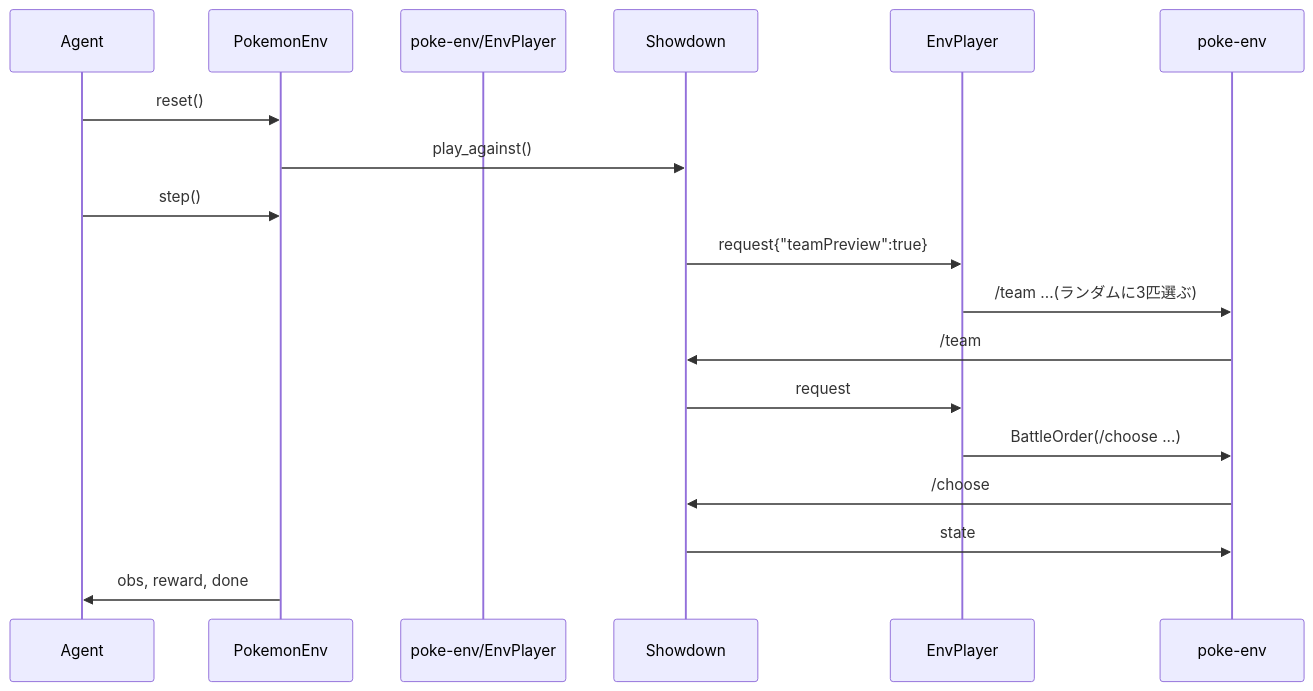
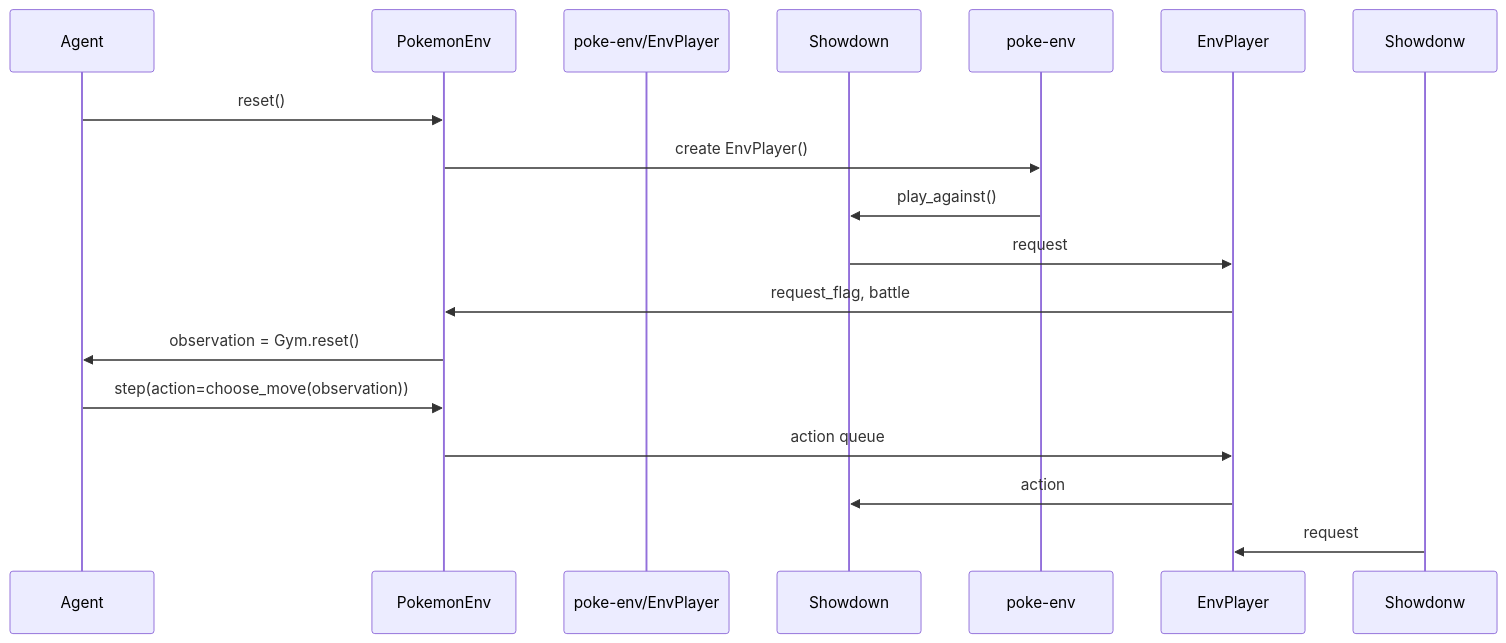
The diagram in docs/AI-design/PokemonEnv_Specification.md (TKG1005/Maple), drawn with Mermaid before and after one commit. The commit also changed other lines of this file and 1 other file, not shown here.

````diff
--- a/docs/AI-design/PokemonEnv_Specification.md
+++ b/docs/AI-design/PokemonEnv_Specification.md
@@ -87,18 +88,17 @@
 ```mermaid
 sequenceDiagram
     participant Agent
     participant PokemonEnv
     participant poke-env/EnvPlayer
     participant Showdown
     Agent->>PokemonEnv: reset()
-    PokemonEnv->>Showdown: play_against()
-    Agent->>PokemonEnv: step()
-    Showdown->>EnvPlayer: request{"teamPreview":true}
-    EnvPlayer->>poke-env: /team ...(ランダムに3匹選ぶ)
-    poke-env->>Showdown: /team
+    PokemonEnv->>poke-env: create EnvPlayer()
+    poke-env->>Showdown: play_against()
     Showdown->>EnvPlayer: request
-    EnvPlayer->>poke-env: BattleOrder(/choose ...)
-    poke-env->>Showdown: /choose 
-    Showdown->>poke-env: state
-    PokemonEnv->>Agent: obs, reward, done
+    EnvPlayer->>PokemonEnv: request_flag, battle
+    PokemonEnv->>Agent: observation = Gym.reset()
+    Agent->>PokemonEnv: step(action=choose_move(observation))
+    PokemonEnv->>EnvPlayer: action queue
+    EnvPlayer->>Showdown: action
+    Showdonw->>EnvPlayer: request
 ```
````
